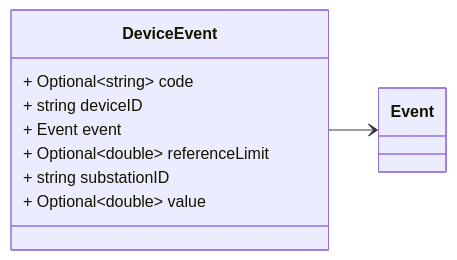
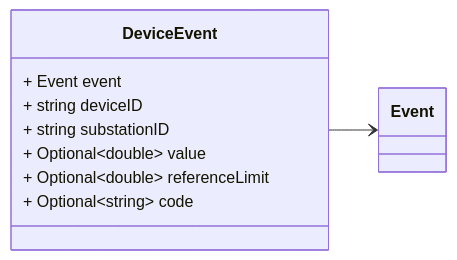
Before and after one commit to zaphiro-technologies/protobuf: the first of 8 diagrams in docs/device_event.proto.md, drawn with Mermaid. The commit also changed other lines of this file and 12 other files, not shown here.

First line of the commit message:
Replace custom proto-gen-md-diagrams with official one (#50)

````diff
--- a/docs/device_event.proto.md
+++ b/docs/device_event.proto.md
@@ -27,25 +27,25 @@
 ```mermaid
 classDiagram
 direction LR
 
 %% A device event.
 %% Headers used in rabbitMQ:
 %% * `id`: id of the `Event`
 %% * `type`: always `Event` - used for routing.
 %% * `eventType`: the specific type of `DeviceEvent`, this is required in addition 
 %%  to `type` for de-serialization of the messages.
 %% * `sourceId`: the id of the source (e.g. a PMU) that generated the event.
 %% * `timestampId`: related measurement Unix msec timestamp (if any)
 %% 
 
 class DeviceEvent {
-  + Optional~string~ code
+  + Event event
   + string deviceID
-  + Event event
-  + Optional~double~ referenceLimit
   + string substationID
   + Optional~double~ value
+  + Optional~double~ referenceLimit
+  + Optional~string~ code
 }
 DeviceEvent --> `Event`
 
 ```
````
